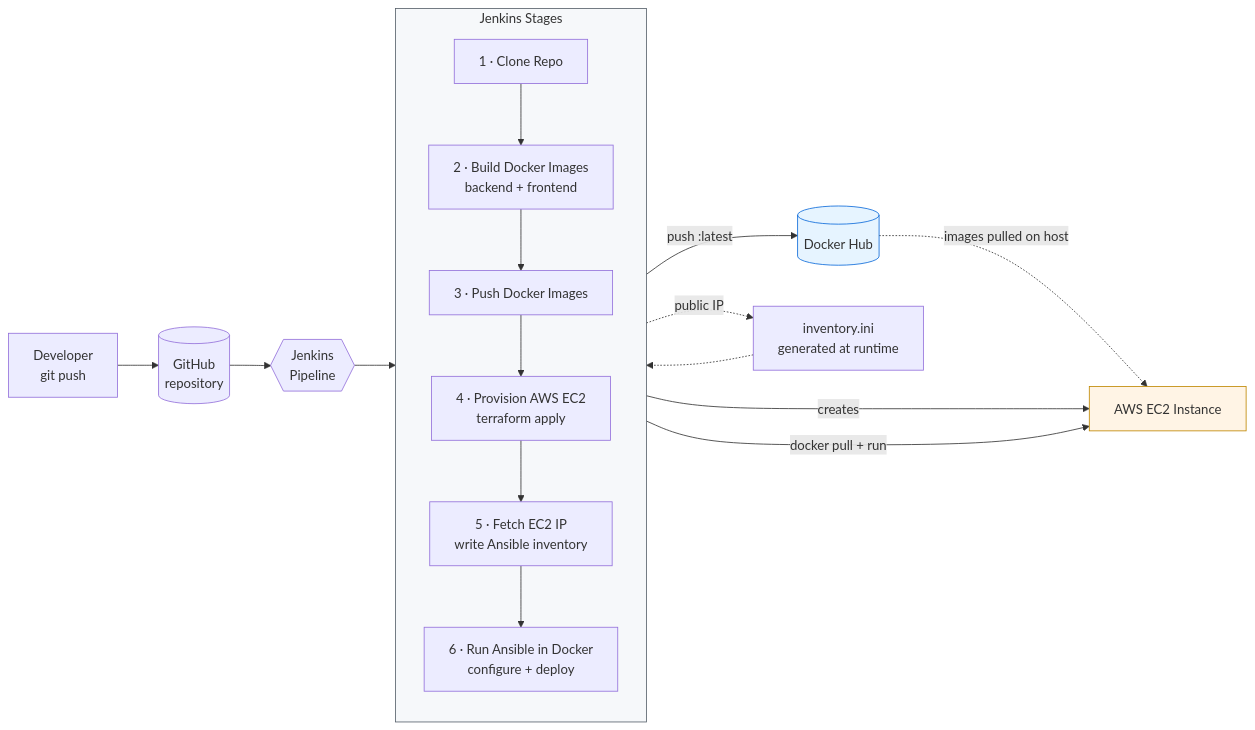
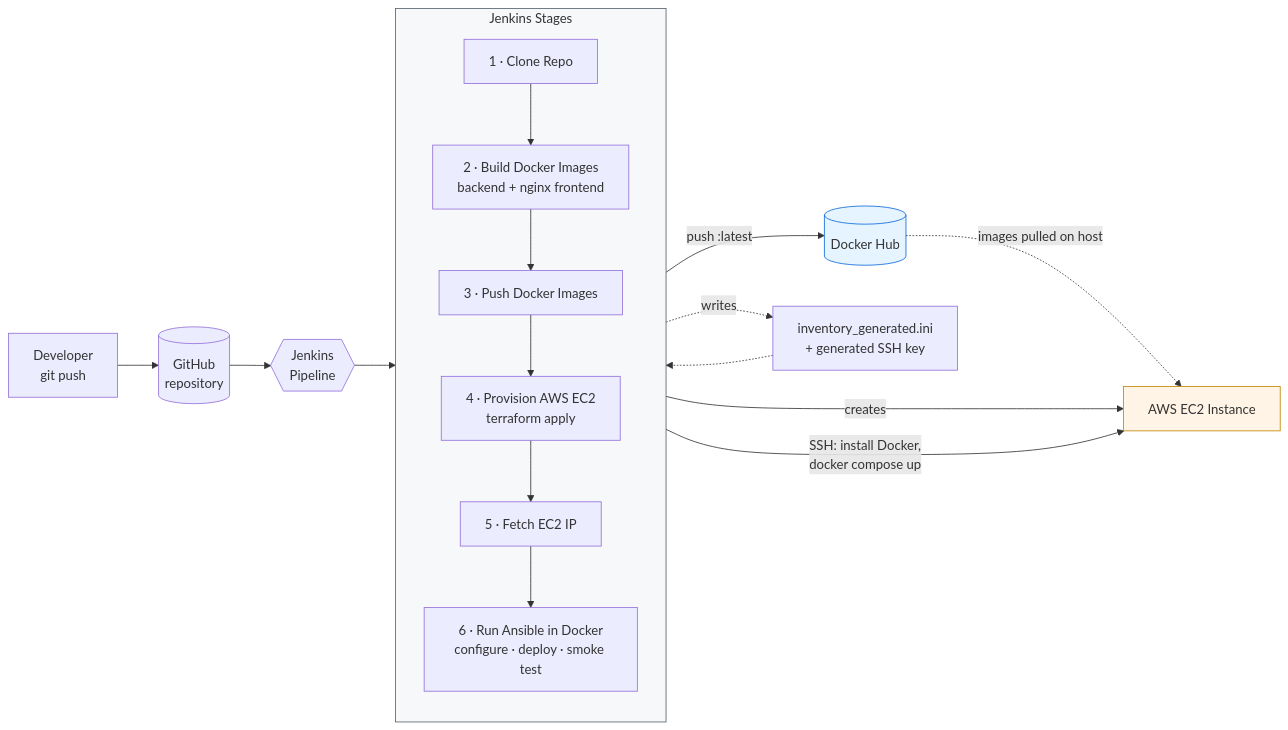
Before and after one commit to KesharaGunathilaka/DevOps_RealTimeChat: the first of 5 diagrams in README.md, drawn with Mermaid. The commit also changed other lines of this file, not shown here.

````diff
--- a/README.md
+++ b/README.md
@@ -87,28 +89,28 @@
 ```mermaid
 flowchart LR
     DEV["Developer<br/>git push"] --> GH[("GitHub<br/>repository")]
     GH --> J{{"Jenkins<br/>Pipeline"}}
 
     subgraph PIPE ["Jenkins Stages"]
         direction TB
         S1["1 · Clone Repo"]
-        S2["2 · Build Docker Images<br/>backend + frontend"]
+        S2["2 · Build Docker Images<br/>backend + nginx frontend"]
         S3["3 · Push Docker Images"]
         S4["4 · Provision AWS EC2<br/>terraform apply"]
-        S5["5 · Fetch EC2 IP<br/>write Ansible inventory"]
-        S6["6 · Run Ansible in Docker<br/>configure + deploy"]
+        S5["5 · Fetch EC2 IP"]
+        S6["6 · Run Ansible in Docker<br/>configure · deploy · smoke test"]
         S1 --> S2 --> S3 --> S4 --> S5 --> S6
     end
 
     J --> PIPE
     S3 -->|"push :latest"| DH[("Docker Hub")]
     S4 -->|"creates"| EC2["AWS EC2 Instance"]
-    S5 -.->|"public IP"| INV["inventory.ini<br/>generated at runtime"]
+    S4 -.->|"writes"| INV["inventory_generated.ini<br/>+ generated SSH key"]
     INV -.-> S6
-    S6 -->|"docker pull + run"| EC2
+    S6 -->|"SSH: install Docker,<br/>docker compose up"| EC2
     DH -.->|"images pulled on host"| EC2
 
     style PIPE fill:#f6f8fa,stroke:#57606a
     style EC2 fill:#fff4e5,stroke:#bf8700
     style DH fill:#e6f4ff,stroke:#0969da
 ```
````
